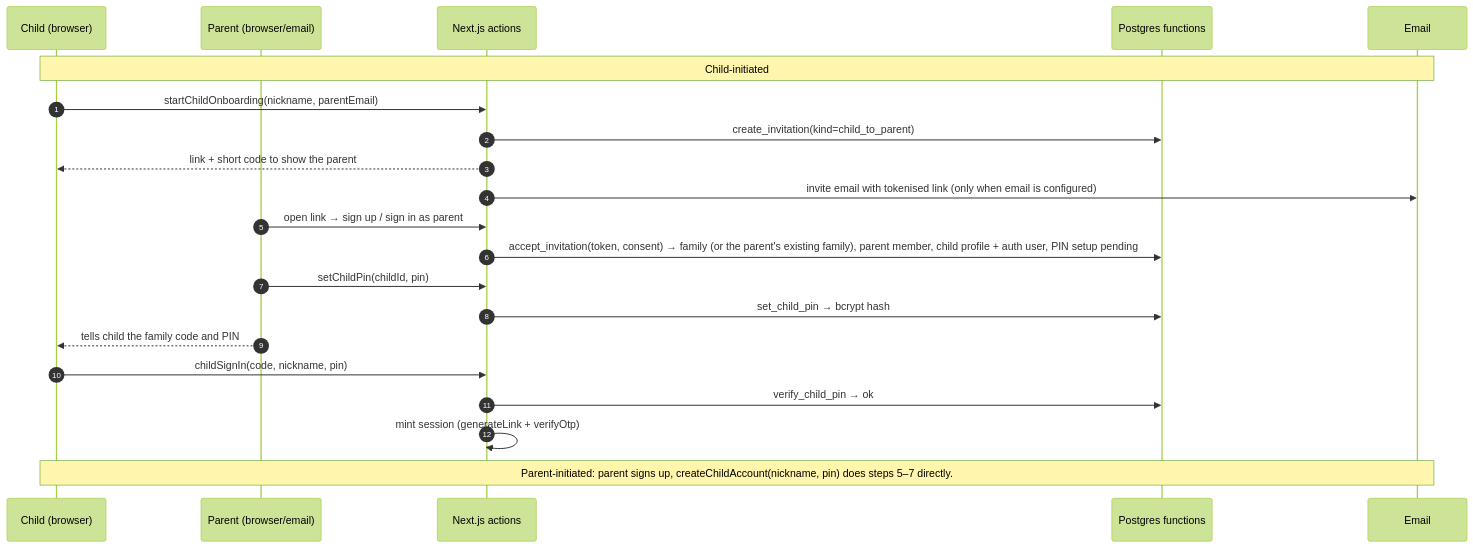
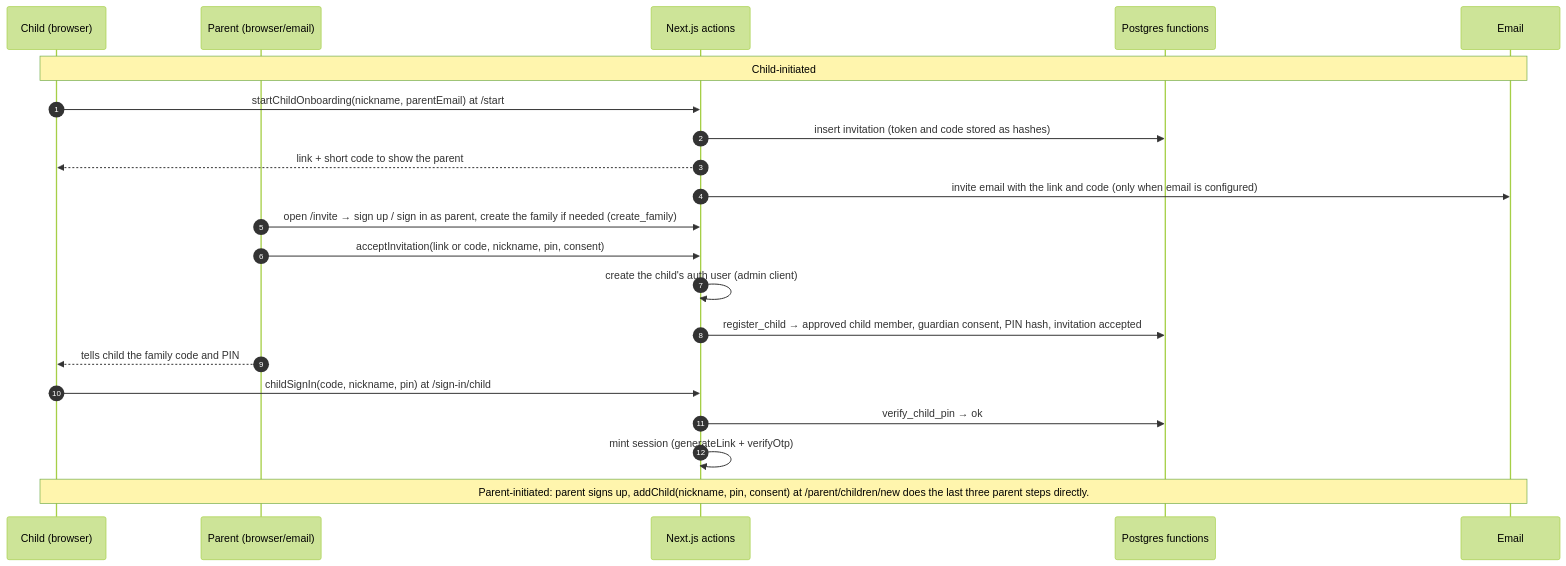
One commit to harisshakeel/Jarso changed the fourth of 7 diagrams in docs/architecture.md. Above: the diagram before and after it, drawn with Mermaid (forest theme). The commit also changed other lines of this file and 40 other files, not shown here.

````diff
--- a/docs/architecture.md
+++ b/docs/architecture.md
@@ -481,23 +549,23 @@
 ```mermaid
 sequenceDiagram
   autonumber
   participant C as Child (browser)
   participant P as Parent (browser/email)
   participant A as Next.js actions
   participant DB as Postgres functions
   participant E as Email
   Note over C,E: Child-initiated
-  C->>A: startChildOnboarding(nickname, parentEmail)
-  A->>DB: create_invitation(kind=child_to_parent)
+  C->>A: startChildOnboarding(nickname, parentEmail) at /start
+  A->>DB: insert invitation (token and code stored as hashes)
   A-->>C: link + short code to show the parent
-  A->>E: invite email with tokenised link (only when email is configured)
-  P->>A: open link → sign up / sign in as parent
-  A->>DB: accept_invitation(token, consent) → family (or the parent's existing family), parent member, child profile + auth user, PIN setup pending
-  P->>A: setChildPin(childId, pin)
-  A->>DB: set_child_pin → bcrypt hash
+  A->>E: invite email with the link and code (only when email is configured)
+  P->>A: open /invite → sign up / sign in as parent, create the family if needed (create_family)
+  P->>A: acceptInvitation(link or code, nickname, pin, consent)
+  A->>A: create the child's auth user (admin client)
+  A->>DB: register_child → approved child member, guardian consent, PIN hash, invitation accepted
   P-->>C: tells child the family code and PIN
-  C->>A: childSignIn(code, nickname, pin)
+  C->>A: childSignIn(code, nickname, pin) at /sign-in/child
   A->>DB: verify_child_pin → ok
   A->>A: mint session (generateLink + verifyOtp)
-  Note over C,E: Parent-initiated: parent signs up, createChildAccount(nickname, pin) does steps 5–7 directly.
+  Note over C,E: Parent-initiated: parent signs up, addChild(nickname, pin, consent) at /parent/children/new does the last three parent steps directly.
 ```
````
